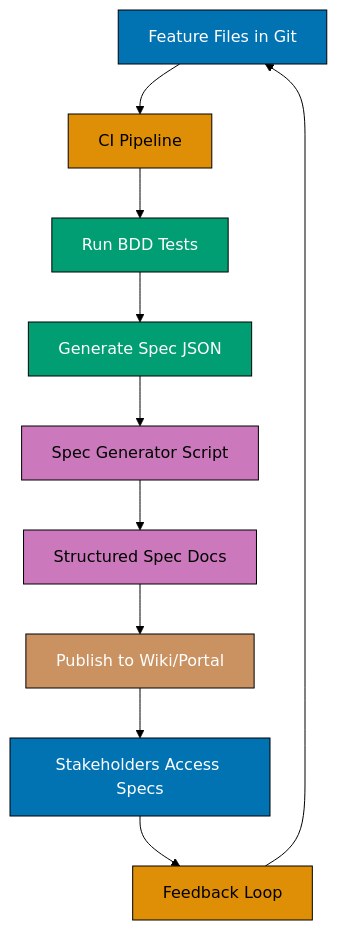
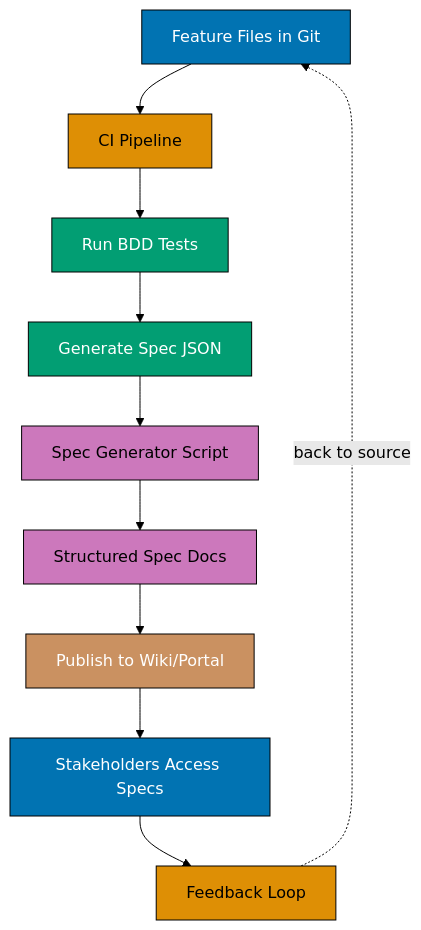
The sixth of 11 diagrams in apps/ayokoding-web/content/en/learn/software-engineering/development/behavior-driven-development-bdd/by-example/advanced.md (wahidyankf/open-sharia-enterprise), drawn with Mermaid (forest theme) before and after one commit. The commit also changed other lines of this file and 17 other files, not shown here.

First line of the commit message:
fix(mermaid): fix pre-existing diagram violations exposed by changed-only gate

````diff
--- a/apps/ayokoding-web/content/en/learn/software-engineering/development/behavior-driven-development-bdd/by-example/advanced.md
+++ b/apps/ayokoding-web/content/en/learn/software-engineering/development/behavior-driven-development-bdd/by-example/advanced.md
@@ -1985,23 +1985,26 @@
 ```mermaid
 %% Color Palette: Blue #0173B2, Orange #DE8F05, Teal #029E73, Purple #CC78BC, Brown #CA9161
-graph TD
-    A[Feature Files in Git] --> B[CI Pipeline]
-    B --> C[Run BDD Tests]
-    C --> D[Generate Spec JSON]
-    D --> E[Spec Generator Script]
-    E --> F[Structured Spec Docs]
-    F --> G[Publish to Wiki/Portal]
-    G --> H[Stakeholders Access Specs]
-    H --> I[Feedback Loop]
-    I --> A
+flowchart TD
+    A[Feature Files in Git]
+    B[CI Pipeline]
+    C[Run BDD Tests]
+    D[Generate Spec JSON]
+    E[Spec Generator Script]
+    F[Structured Spec Docs]
+    G[Publish to Wiki/Portal]
+    H[Stakeholders Access Specs]
+    I[Feedback Loop]
+
+    A --> B --> C --> D --> E --> F --> G --> H --> I
+    I -.->|back to source| A
 
     style A fill:#0173B2,stroke:#000,color:#fff
     style B fill:#DE8F05,stroke:#000,color:#000
     style C fill:#029E73,stroke:#000,color:#fff
     style D fill:#029E73,stroke:#000,color:#fff
     style E fill:#CC78BC,stroke:#000,color:#000
     style F fill:#CC78BC,stroke:#000,color:#000
     style G fill:#CA9161,stroke:#000,color:#fff
     style H fill:#0173B2,stroke:#000,color:#fff
     style I fill:#DE8F05,stroke:#000,color:#000
 ```
````
